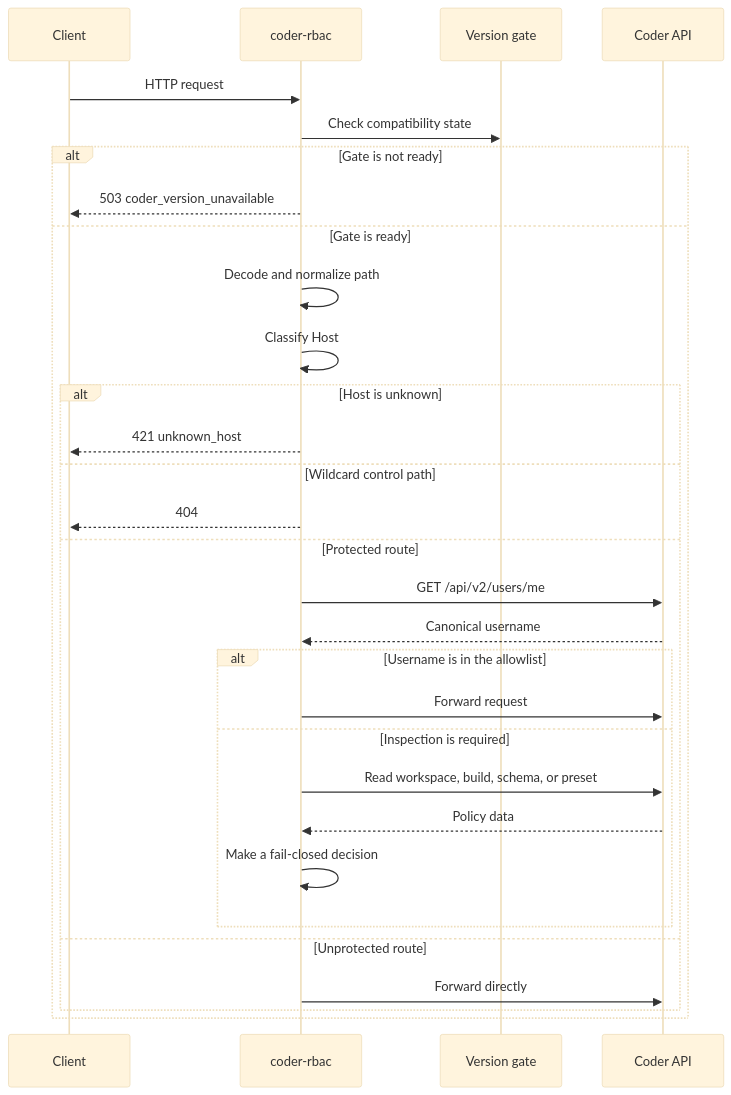
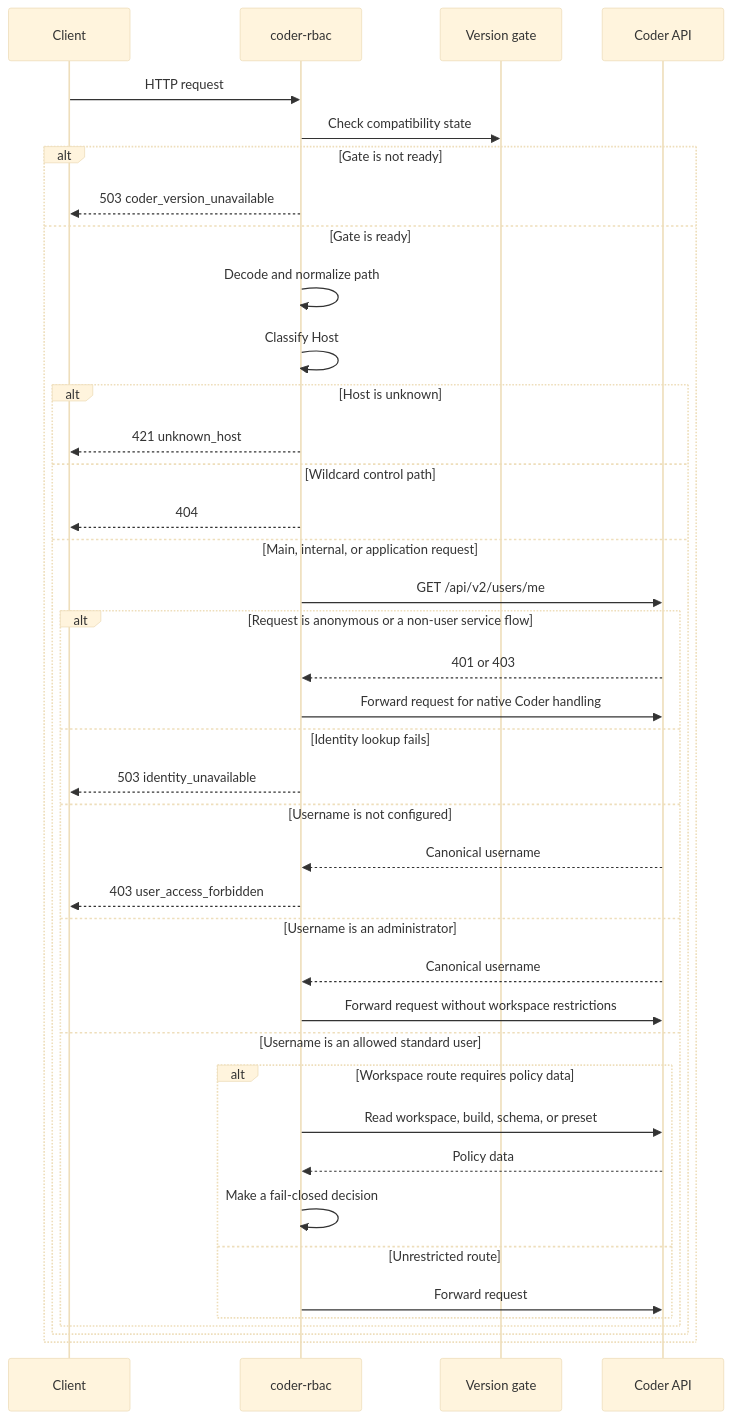
The second of 3 diagrams in docs/architecture.md (thomas-illiet/coder-rbac), drawn with Mermaid (base theme) before and after one commit. The commit also changed other lines of this file and 32 other files, not shown here.

Commit message:
feat: enforce user admission and account restrictions

````diff
--- a/docs/architecture.md
+++ b/docs/architecture.md
@@ -77,33 +83,43 @@
 ```mermaid
 sequenceDiagram
     participant Client
     participant Proxy as coder-rbac
     participant Gate as Version gate
     participant API as Coder API
 
     Client->>Proxy: HTTP request
     Proxy->>Gate: Check compatibility state
     alt Gate is not ready
         Proxy-->>Client: 503 coder_version_unavailable
     else Gate is ready
         Proxy->>Proxy: Decode and normalize path
         Proxy->>Proxy: Classify Host
         alt Host is unknown
             Proxy-->>Client: 421 unknown_host
         else Wildcard control path
             Proxy-->>Client: 404
-        else Protected route
+        else Main, internal, or application request
             Proxy->>API: GET /api/v2/users/me
-            API-->>Proxy: Canonical username
-            alt Username is in the allowlist
-                Proxy->>API: Forward request
-            else Inspection is required
-                Proxy->>API: Read workspace, build, schema, or preset
-                API-->>Proxy: Policy data
-                Proxy->>Proxy: Make a fail-closed decision
+            alt Request is anonymous or a non-user service flow
+                API-->>Proxy: 401 or 403
+                Proxy->>API: Forward request for native Coder handling
+            else Identity lookup fails
+                Proxy-->>Client: 503 identity_unavailable
+            else Username is not configured
+                API-->>Proxy: Canonical username
+                Proxy-->>Client: 403 user_access_forbidden
+            else Username is an administrator
+                API-->>Proxy: Canonical username
+                Proxy->>API: Forward request without workspace restrictions
+            else Username is an allowed standard user
+                alt Workspace route requires policy data
+                    Proxy->>API: Read workspace, build, schema, or preset
+                    API-->>Proxy: Policy data
+                    Proxy->>Proxy: Make a fail-closed decision
+                else Unrestricted route
+                    Proxy->>API: Forward request
+                end
             end
-        else Unprotected route
-            Proxy->>API: Forward directly
         end
     end
 ```
````
